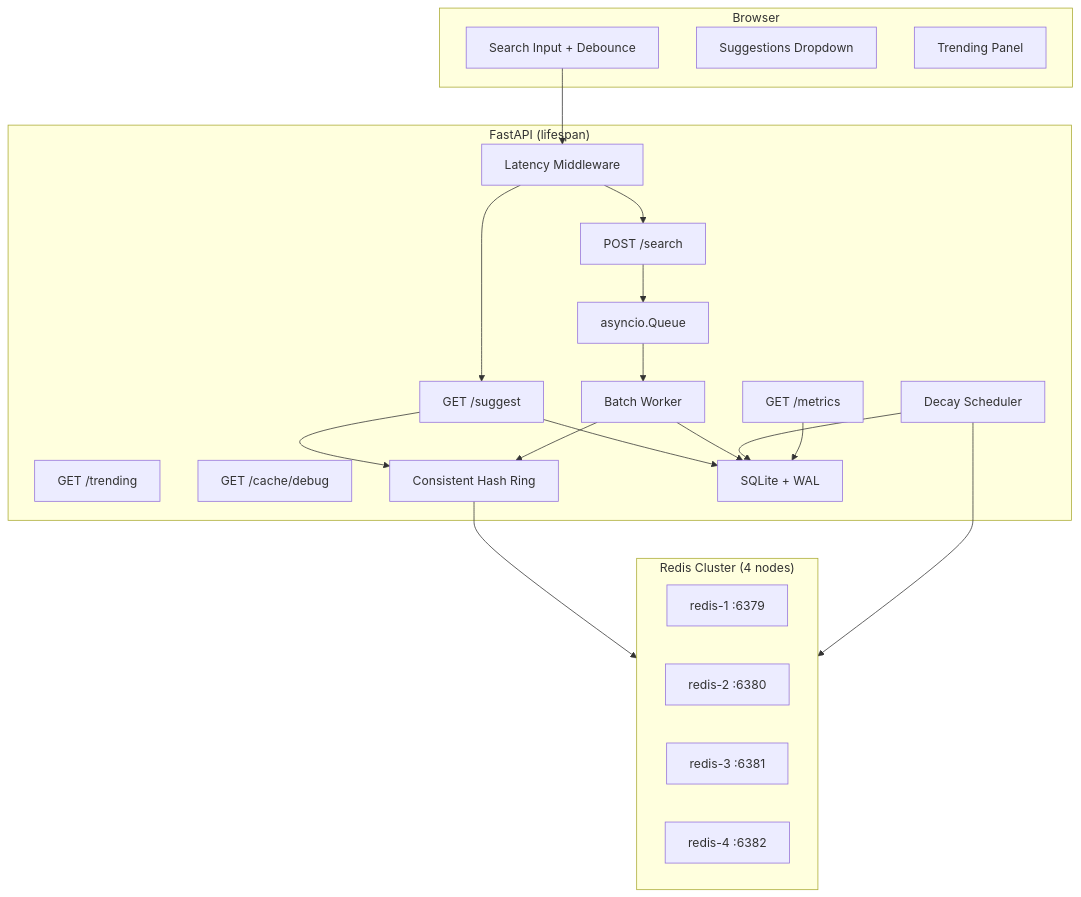
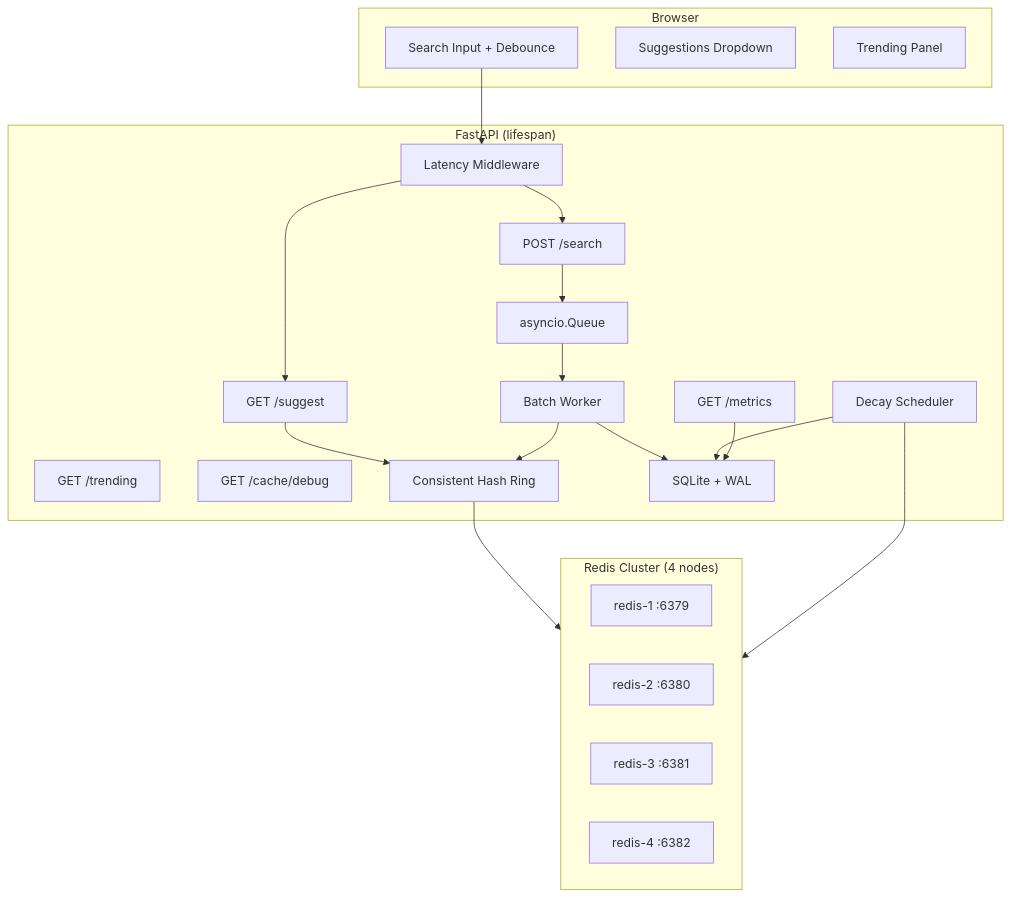
Before and after one commit to mrind3v/search-typeahead-system: the diagram in architecture.md, drawn with Mermaid. The commit also changed other lines of this file and 1 other file, not shown here.

````diff
--- a/architecture.md
+++ b/architecture.md
@@ -5,42 +5,41 @@
 ```mermaid
 flowchart TB
     subgraph Client["Browser"]
         SI["Search Input + Debounce"]
         SD["Suggestions Dropdown"]
         TP["Trending Panel"]
     end
 
     subgraph FastAPI["FastAPI (lifespan)"]
         MW["Latency Middleware"]
         SR["GET /suggest"]
         SER["POST /search"]
         TR["GET /trending"]
         DR["GET /cache/debug"]
         MR["GET /metrics"]
 
         Q["asyncio.Queue"]
         BW["Batch Worker"]
         DS["Decay Scheduler"]
 
         CH["Consistent Hash Ring"]
         DB["SQLite + WAL"]
     end
 
     subgraph Redis["Redis Cluster (4 nodes)"]
         R1["redis-1 :6379"]
         R2["redis-2 :6380"]
         R3["redis-3 :6381"]
         R4["redis-4 :6382"]
     end
 
     SI --> MW
     MW --> SR
     MW --> SER
     SR --> CH --> Redis
-    SR --> DB
     SER --> Q --> BW --> DB
     BW --> CH
     DS --> DB
     DS --> Redis
     MR --> DB
 ```
````
